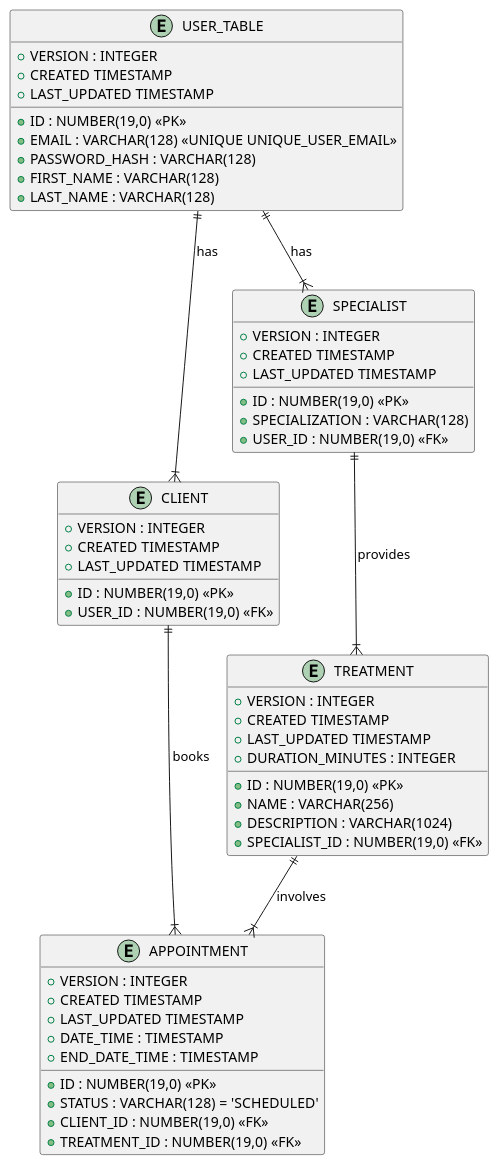
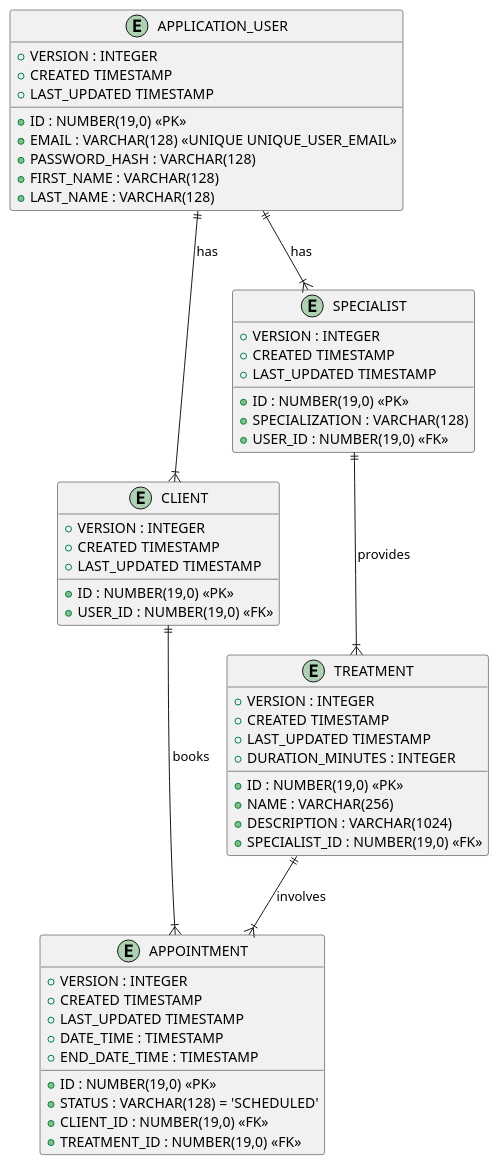
Before and after one commit to java-backend-foundations/java-backend-developer-exercises: the diagram in images/puml/trainingDB.puml, drawn with PlantUML. The commit also changed 2 other files, not shown here.

Commit message:
fix: remove unnecessary dependencies from setup and move them to the data access instruction, rename USER_TABLE to APPLICATION_USER

```diff
--- a/images/puml/trainingDB.puml
+++ b/images/puml/trainingDB.puml
@@ -1,60 +1,60 @@
 @startuml
 
-entity USER_TABLE {
+entity APPLICATION_USER {
     + ID : NUMBER(19,0) <<PK>>
     + VERSION : INTEGER
     + CREATED TIMESTAMP
     + LAST_UPDATED TIMESTAMP
     + EMAIL : VARCHAR(128) <<UNIQUE UNIQUE_USER_EMAIL>>
     + PASSWORD_HASH : VARCHAR(128)
     + FIRST_NAME : VARCHAR(128)
     + LAST_NAME : VARCHAR(128)
 }
 
 entity CLIENT {
     + ID : NUMBER(19,0) <<PK>>
     + VERSION : INTEGER
     + CREATED TIMESTAMP
     + LAST_UPDATED TIMESTAMP
     + USER_ID : NUMBER(19,0) <<FK>>
 }
 
 entity SPECIALIST {
     + ID : NUMBER(19,0) <<PK>>
     + VERSION : INTEGER
     + CREATED TIMESTAMP
     + LAST_UPDATED TIMESTAMP
     + SPECIALIZATION : VARCHAR(128)
     + USER_ID : NUMBER(19,0) <<FK>>
 }
 
 entity TREATMENT {
     + ID : NUMBER(19,0) <<PK>>
     + VERSION : INTEGER
     + CREATED TIMESTAMP
     + LAST_UPDATED TIMESTAMP
     + NAME : VARCHAR(256)
     + DESCRIPTION : VARCHAR(1024)
     + DURATION_MINUTES : INTEGER
     + SPECIALIST_ID : NUMBER(19,0) <<FK>>
 }
 
 entity APPOINTMENT {
     + ID : NUMBER(19,0) <<PK>>
     + VERSION : INTEGER
     + CREATED TIMESTAMP
     + LAST_UPDATED TIMESTAMP
     + DATE_TIME : TIMESTAMP
     + END_DATE_TIME : TIMESTAMP
     + STATUS : VARCHAR(128) = 'SCHEDULED'
     + CLIENT_ID : NUMBER(19,0) <<FK>>
     + TREATMENT_ID : NUMBER(19,0) <<FK>>
 }
 
-USER_TABLE ||--|{ CLIENT : "has"
-USER_TABLE ||--|{ SPECIALIST : "has"
+APPLICATION_USER ||--|{ CLIENT : "has"
+APPLICATION_USER ||--|{ SPECIALIST : "has"
 SPECIALIST ||--|{ TREATMENT : "provides"
 CLIENT ||--|{ APPOINTMENT : "books"
 TREATMENT ||--|{ APPOINTMENT : "involves"
 
 @enduml
```
